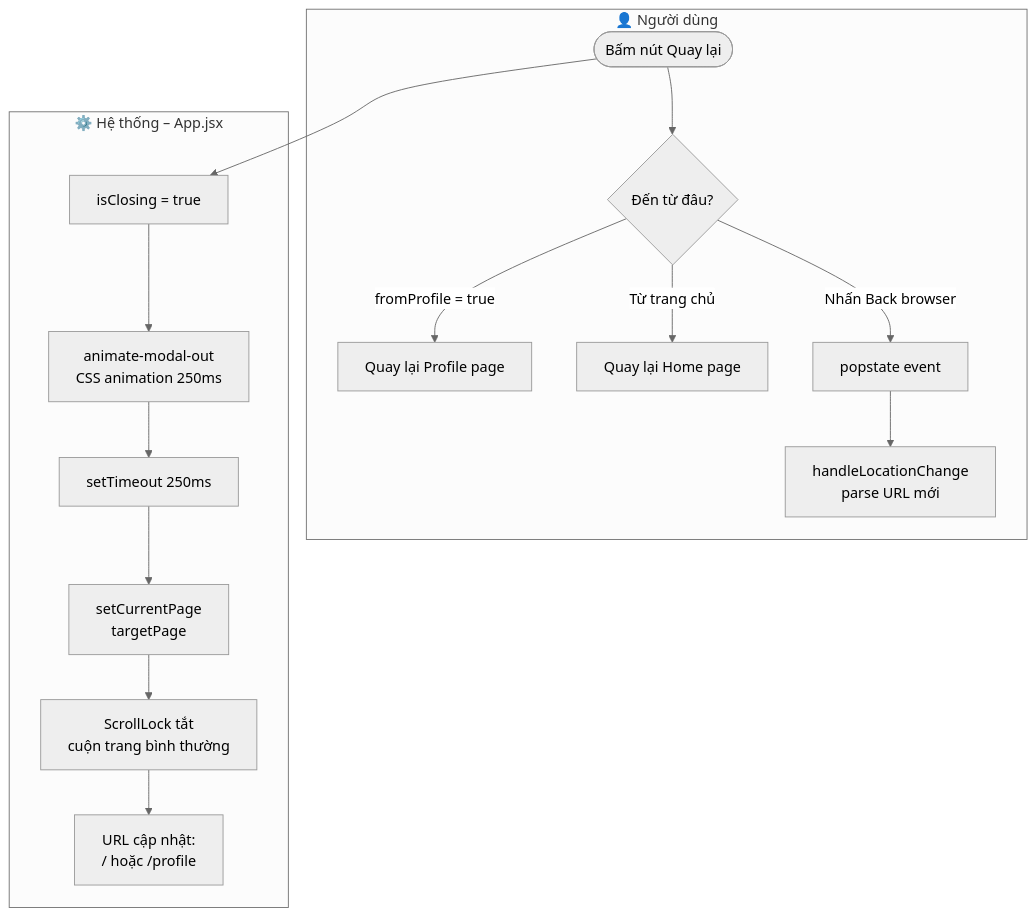
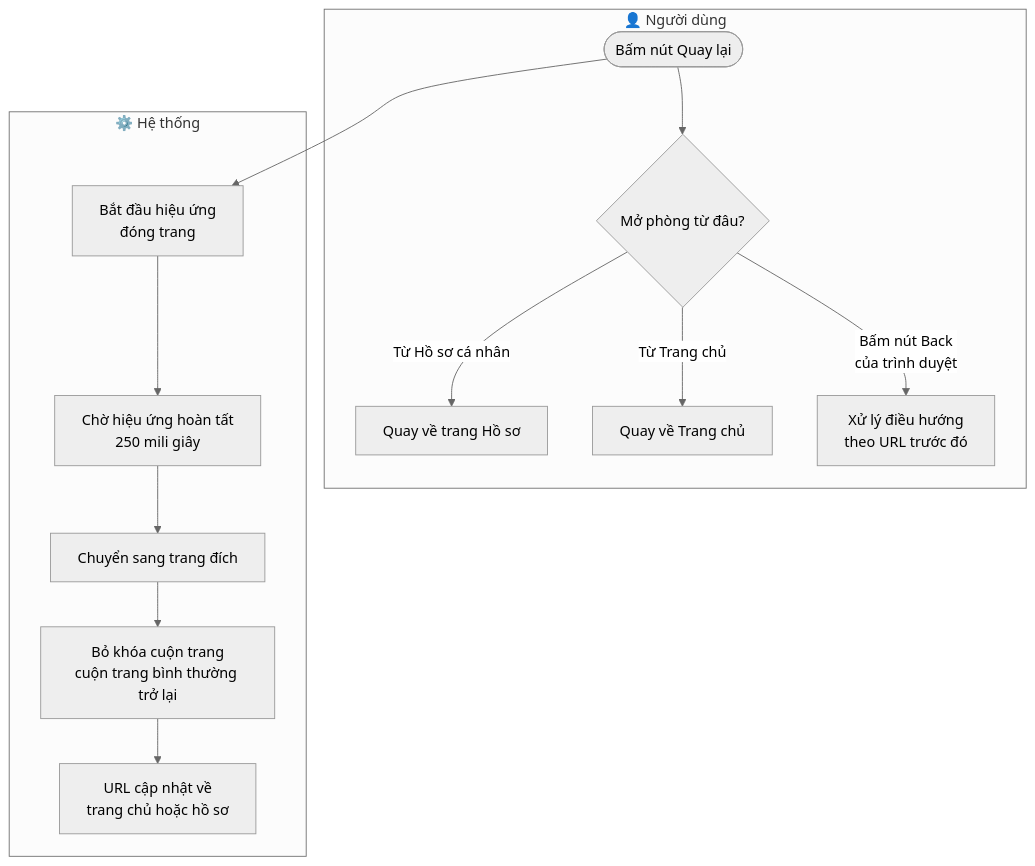
Before and after one commit to natelyt12/trotot: the seventh of 7 diagrams in prj_workflows/03_room_detail_workflow.md, drawn with Mermaid (neutral theme). The commit also changed other lines of this file and 5 other files, not shown here.

````diff
--- a/prj_workflows/03_room_detail_workflow.md
+++ b/prj_workflows/03_room_detail_workflow.md
@@ -157,19 +154,17 @@
 ```mermaid
 flowchart TD
     subgraph USER["👤 Người dùng"]
-        A([Bấm nút Quay lại]) --> B{Đến từ đâu?}
-        B -- fromProfile = true --> C[Quay lại Profile page]
-        B -- Từ trang chủ --> D[Quay lại Home page]
-        B -- Nhấn Back browser --> E[popstate event]
-        E --> F[handleLocationChange\nparse URL mới]
+        A([Bấm nút Quay lại]) --> B{Mở phòng từ đâu?}
+        B -- Từ Hồ sơ cá nhân --> C[Quay về trang Hồ sơ]
+        B -- Từ Trang chủ --> D[Quay về Trang chủ]
+        B -- Bấm nút Back\ncủa trình duyệt --> E[Xử lý điều hướng\ntheo URL trước đó]
     end
 
-    subgraph SYSTEM["⚙️ Hệ thống – App.jsx"]
-        A --> G[isClosing = true]
-        G --> H[animate-modal-out\nCSS animation 250ms]
-        H --> I[setTimeout 250ms]
-        I --> J[setCurrentPage\ntargetPage]
-        J --> K[ScrollLock tắt\ncuộn trang bình thường]
-        K --> L[URL cập nhật:\n/ hoặc /profile]
+    subgraph SYSTEM["⚙️ Hệ thống"]
+        A --> F[Bắt đầu hiệu ứng\nđóng trang]
+        F --> G[Chờ hiệu ứng hoàn tất\n250 mili giây]
+        G --> H[Chuyển sang trang đích]
+        H --> I[Bỏ khóa cuộn trang\ncuộn trang bình thường trở lại]
+        I --> J[URL cập nhật về\ntrang chủ hoặc hồ sơ]
     end
 ```
````
